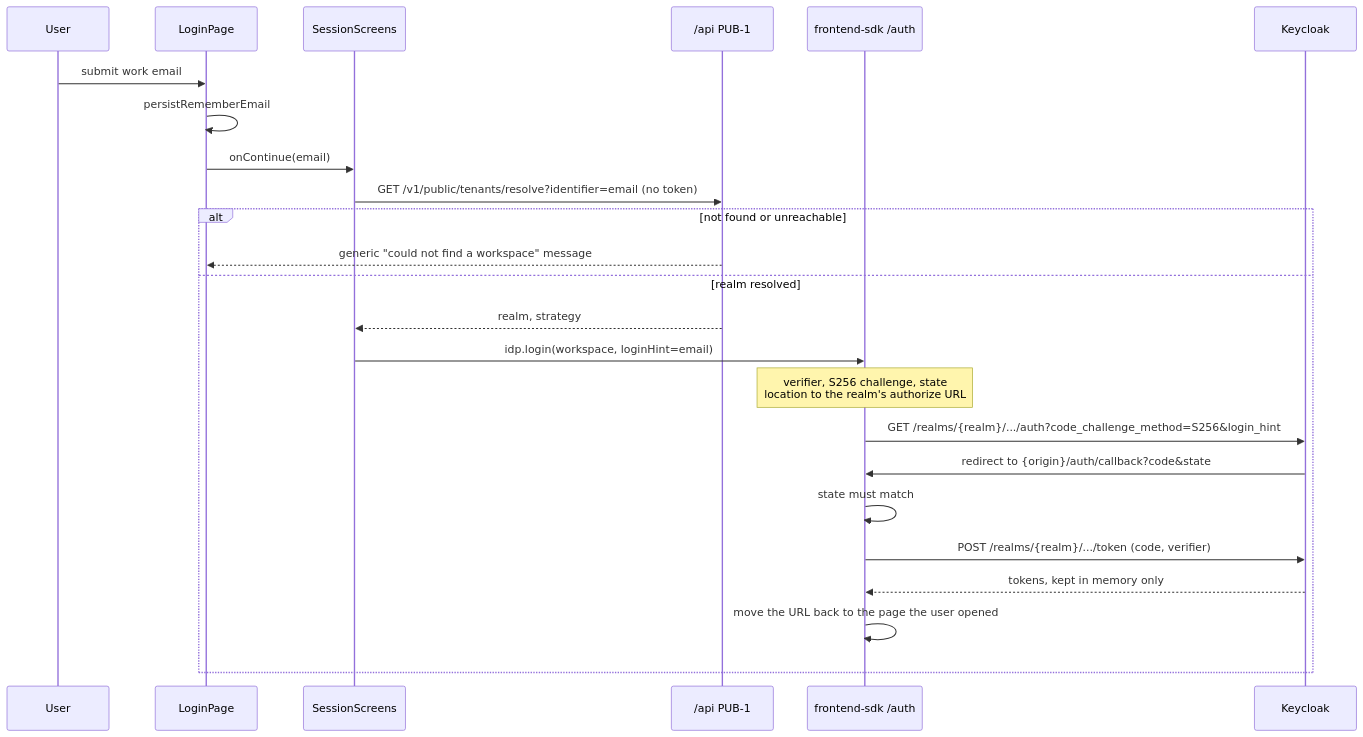
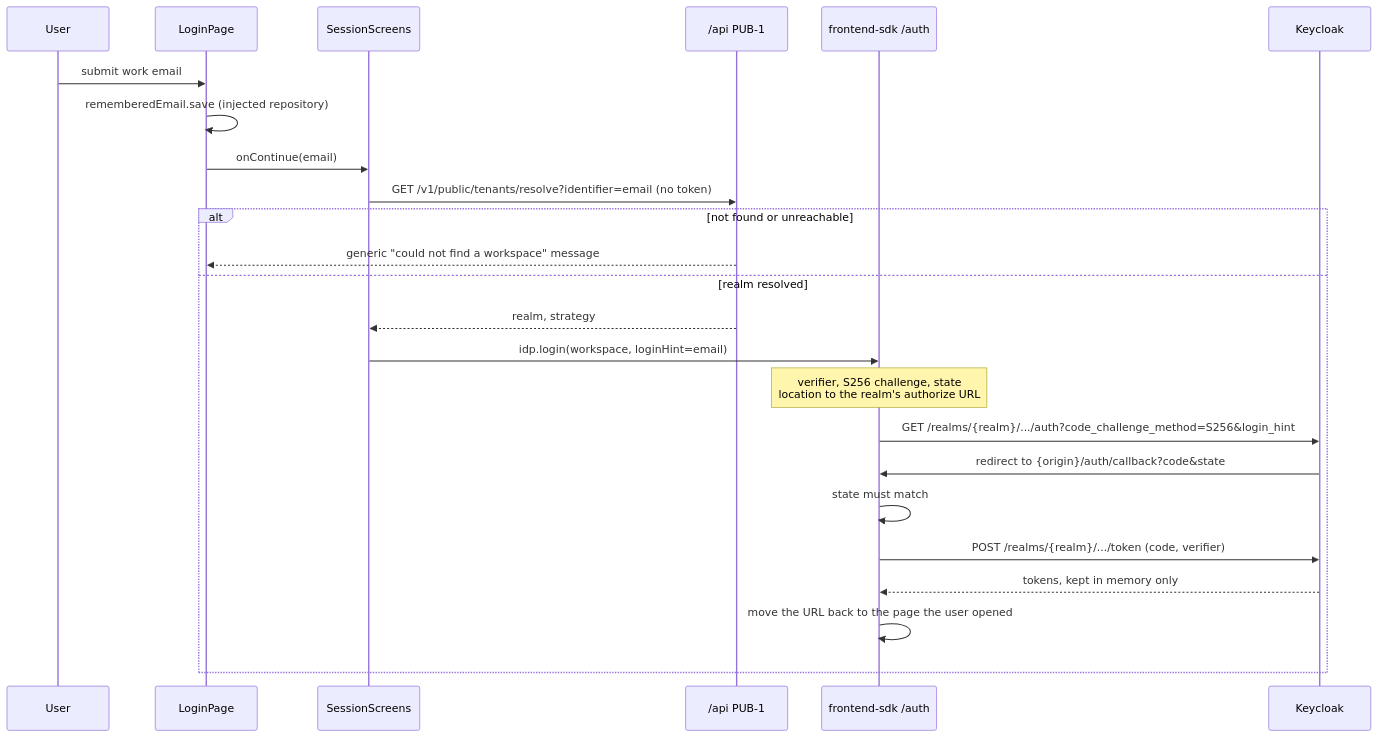
One commit to BCBP-SOLUTIONS-FZC-LLC/web-shell changed the fourth of 5 diagrams in ARCHITECTURE.md. Above: the diagram before and after it, drawn with Mermaid. The commit also changed other lines of this file and 26 other files, not shown here.

````diff
--- a/ARCHITECTURE.md
+++ b/ARCHITECTURE.md
@@ -235,27 +244,27 @@
 ```mermaid
 sequenceDiagram
     participant User
     participant Login as LoginPage
     participant Screens as SessionScreens
     participant IAM as /api PUB-1
     participant SDK as frontend-sdk /auth
     participant KC as Keycloak
 
     User->>Login: submit work email
-    Login->>Login: persistRememberEmail
+    Login->>Login: rememberedEmail.save (injected repository)
     Login->>Screens: onContinue(email)
     Screens->>IAM: GET /v1/public/tenants/resolve?identifier=email (no token)
     alt not found or unreachable
         IAM-->>Login: generic "could not find a workspace" message
     else realm resolved
         IAM-->>Screens: realm, strategy
         Screens->>SDK: idp.login(workspace, loginHint=email)
         Note over SDK: verifier, S256 challenge, state<br/>location to the realm's authorize URL
         SDK->>KC: GET /realms/{realm}/.../auth?code_challenge_method=S256&login_hint
         KC->>SDK: redirect to {origin}/auth/callback?code&state
         SDK->>SDK: state must match
         SDK->>KC: POST /realms/{realm}/.../token (code, verifier)
         KC-->>SDK: tokens, kept in memory only
         SDK->>SDK: move the URL back to the page the user opened
     end
 ```
````
